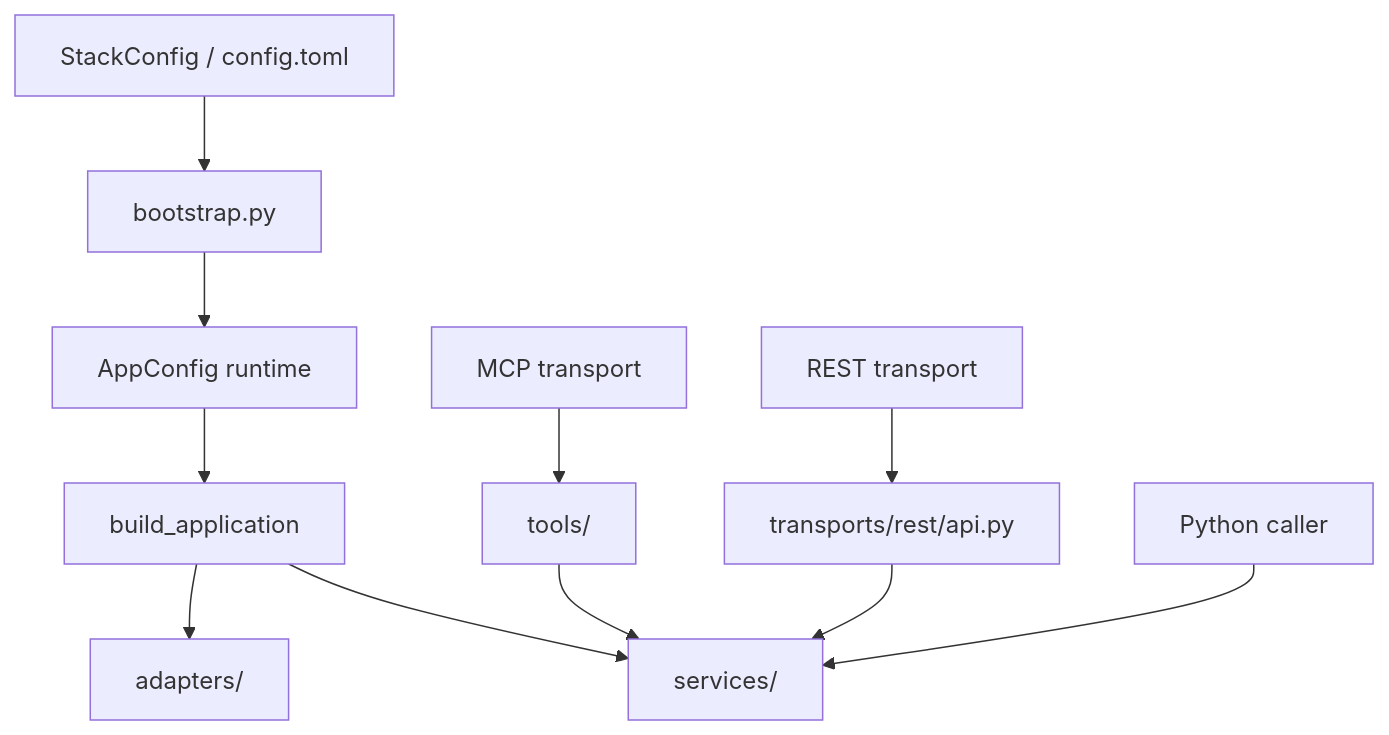
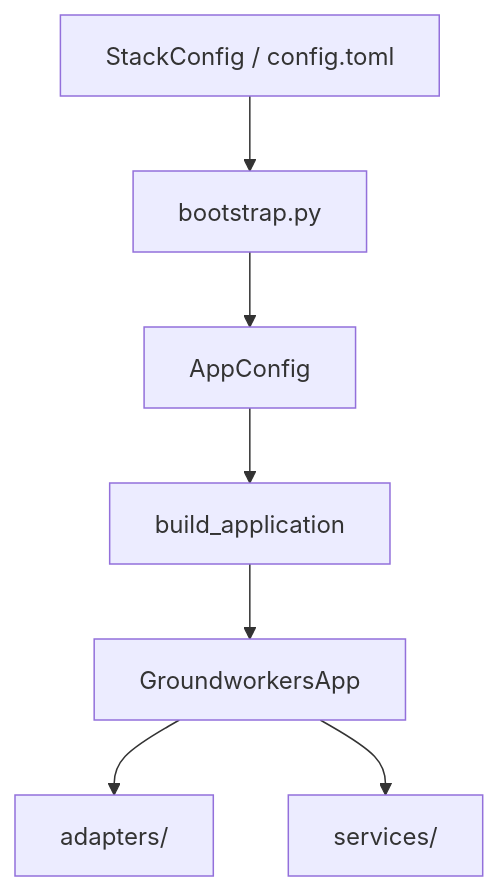
The first of 4 diagrams in docs/architecture.md (AustralianCancerDataNetwork/groundworkers), drawn with Mermaid before and after one commit. The commit also changed other lines of this file and 2 other files, not shown here.

````diff
--- a/docs/architecture.md
+++ b/docs/architecture.md
@@ -9,13 +16,9 @@
 ```mermaid
 flowchart TD
     STACK[StackConfig / config.toml] --> BOOT[bootstrap.py]
-    BOOT --> CFG[AppConfig runtime]
+    BOOT --> CFG[AppConfig]
     CFG --> APP[build_application]
-    APP --> ADP[adapters/]
-    APP --> SVC[services/]
-    MCP[MCP transport] --> TOOLS[tools/]
-    TOOLS --> SVC
-    REST[REST transport] --> API[transports/rest/api.py]
-    API --> SVC
-    PY[Python caller] --> SVC
+    APP --> GW[GroundworkersApp]
+    GW --> ADP[adapters/]
+    GW --> SVC[services/]
 ```
````
